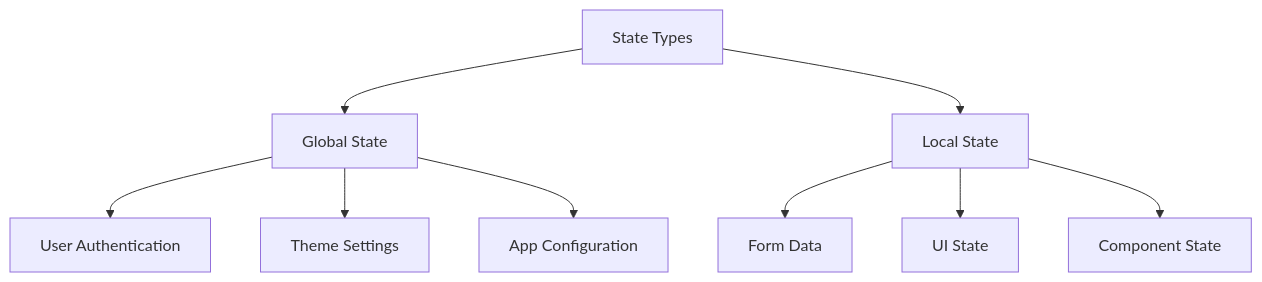
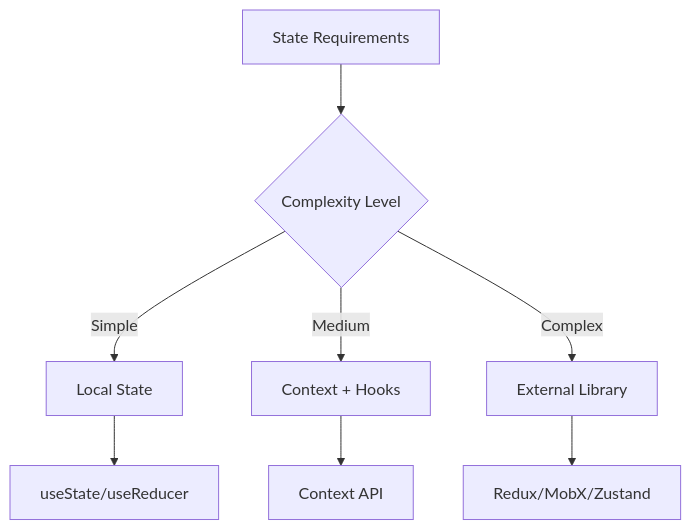
The second of 2 diagrams in apps/fe-docs/pages/interview/react/4-state-management.mdx (KRISACHAN/ying-web), drawn with Mermaid before and after one commit. The commit also changed other lines of this file and 12 other files, not shown here.

````diff
--- a/apps/fe-docs/pages/interview/react/4-state-management.mdx
+++ b/apps/fe-docs/pages/interview/react/4-state-management.mdx
@@ -313,11 +400,10 @@
 ```mermaid
 graph TD
-    A[State Types] --> B[Global State]
-    A --> C[Local State]
-    B --> D[User Authentication]
-    B --> E[Theme Settings]
-    B --> F[App Configuration]
-    C --> G[Form Data]
-    C --> H[UI State]
-    C --> I[Component State]
+    A[State Requirements] --> B{Complexity Level}
+    B -->|Simple| C[Local State]
+    B -->|Medium| D[Context + Hooks]
+    B -->|Complex| E[External Library]
+    C --> F[useState/useReducer]
+    D --> G[Context API]
+    E --> H[Redux/MobX/Zustand]
 ```
````
